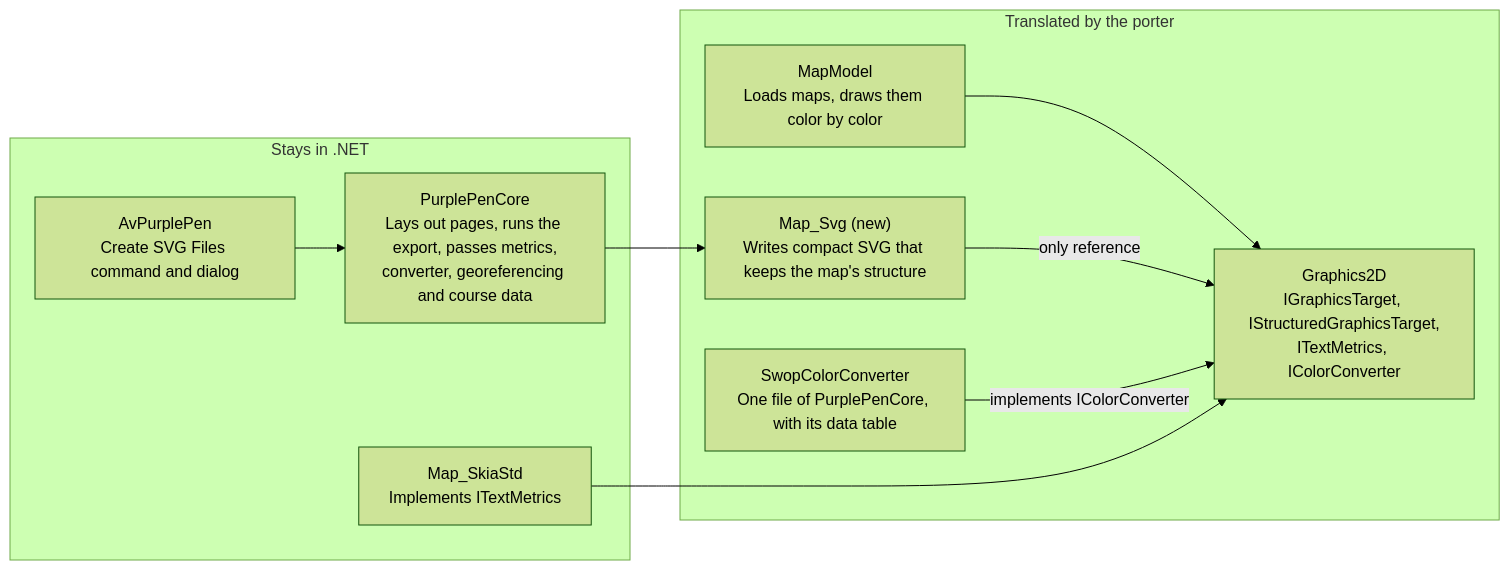
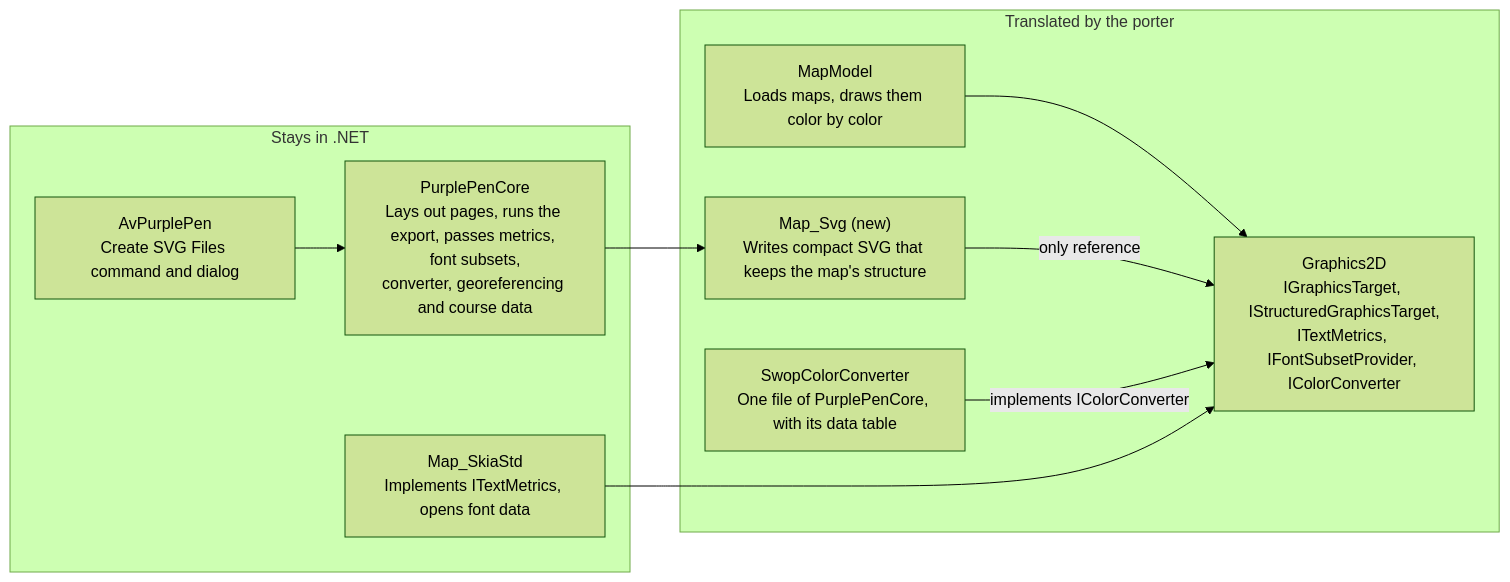
Before and after one commit to pauliojanpera/NotPurplePen: the diagram in doc/devdocs/SvgTargetRequirements.md, drawn with Mermaid (forest theme). The commit also changed other lines of this file, not shown here.

First line of the commit message:
Judge the SVG target by Chromium renderings and embed its fonts

````diff
--- a/doc/devdocs/SvgTargetRequirements.md
+++ b/doc/devdocs/SvgTargetRequirements.md
@@ -53,20 +53,20 @@
 ```mermaid
 flowchart LR
   subgraph T["Translated by the porter"]
     MapModel["MapModel<br/>Loads maps, draws them color by color"]
     MapSvg["Map_Svg (new)<br/>Writes compact SVG that keeps the map's structure"]
-    G2D["Graphics2D<br/>IGraphicsTarget, IStructuredGraphicsTarget,<br/>ITextMetrics, IColorConverter"]
+    G2D["Graphics2D<br/>IGraphicsTarget, IStructuredGraphicsTarget,<br/>ITextMetrics, IFontSubsetProvider, IColorConverter"]
     Swop["SwopColorConverter<br/>One file of PurplePenCore, with its data table"]
   end
   subgraph N["Stays in .NET"]
     Av["AvPurplePen<br/>Create SVG Files command and dialog"]
-    Core["PurplePenCore<br/>Lays out pages, runs the export, passes metrics,<br/>converter, georeferencing and course data"]
-    Skia["Map_SkiaStd<br/>Implements ITextMetrics"]
+    Core["PurplePenCore<br/>Lays out pages, runs the export, passes metrics, font subsets,<br/>converter, georeferencing and course data"]
+    Skia["Map_SkiaStd<br/>Implements ITextMetrics, opens font data"]
   end
   MapModel --> G2D
   MapSvg -- only reference --> G2D
   Swop -- implements IColorConverter --> G2D
   Av --> Core
   Core --> MapSvg
   Skia --> G2D
 ```
````
